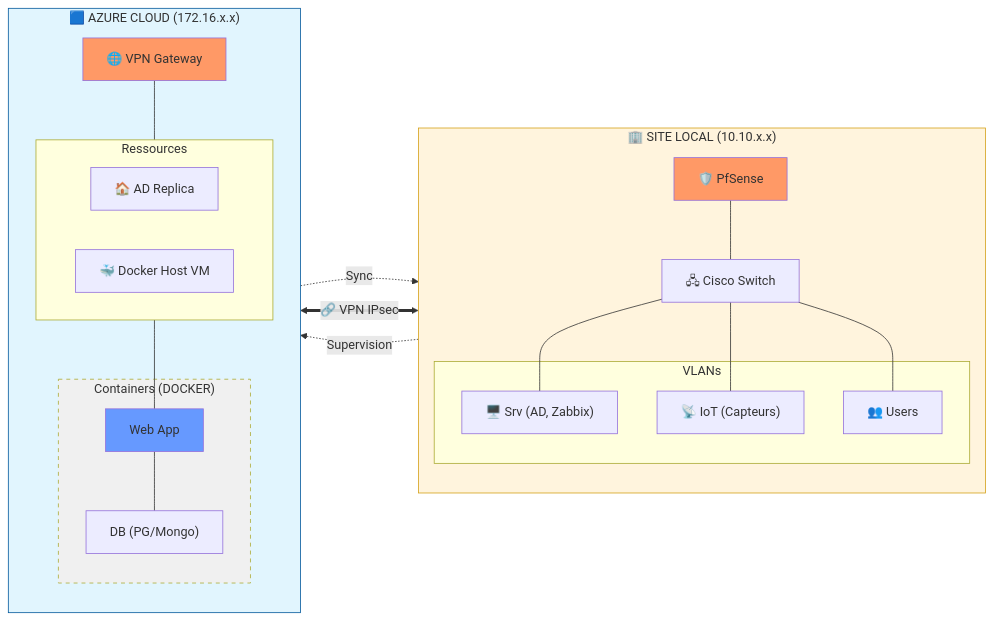
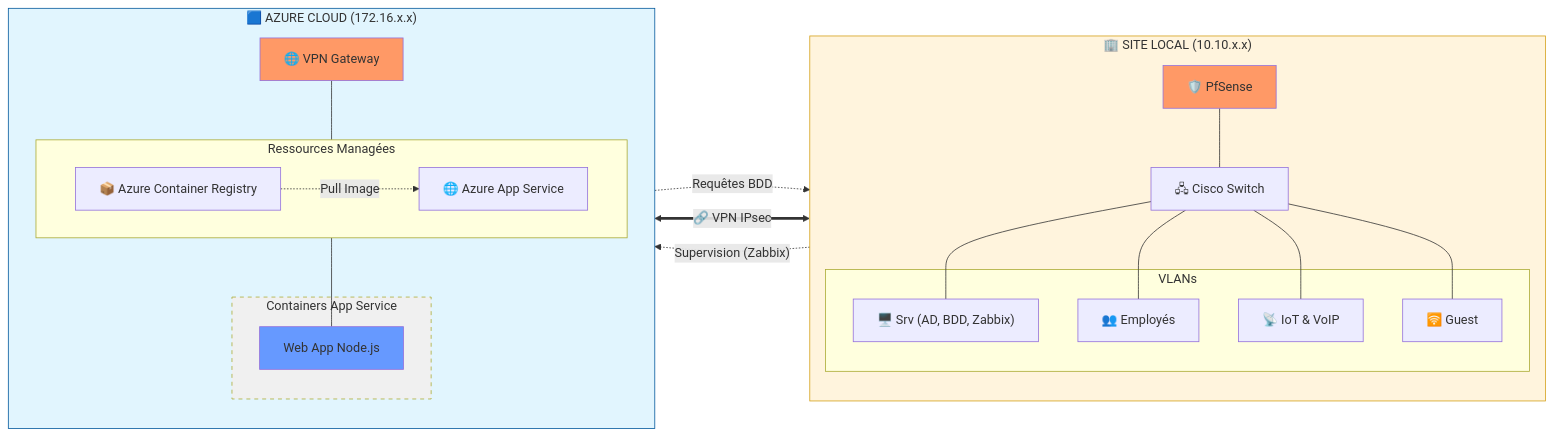
Before and after one commit to supermedmed-hash/B3_MFA_ILYES_OCEANE: the diagram in docs/schemas/infrastructure_globale.md, drawn with Mermaid. The commit also changed other lines of this file and 24 other files, not shown here.

Commit message:
docs: Finalisation architecture hybride (PSSI, BIA, TCO, Wifi) et clean-up

````diff
--- a/docs/schemas/infrastructure_globale.md
+++ b/docs/schemas/infrastructure_globale.md
@@ -7,56 +7,57 @@
 ```mermaid
 graph LR
     %% SITE LOCAL
     subgraph LOCAL ["🏢 SITE LOCAL (10.10.x.x)"]
         direction TB
         PFS["🛡️ PfSense"]
         SW["🖧 Cisco Switch"]
         
         subgraph VLANS ["VLANs"]
-            V20["🖥️ Srv (AD, Zabbix)"]
-            V40["📡 IoT (Capteurs)"]
-            V30["👥 Users"]
+            V10["🖥️ Srv (AD, BDD, Zabbix)"]
+            V20["👥 Employés"]
+            V40["📡 IoT & VoIP"]
+            V99["🛜 Guest"]
         end
         
         PFS --- SW
+        SW --- V10
         SW --- V20
         SW --- V40
-        SW --- V30
+        SW --- V99
     end
 
     %% TUNNEL
     PFS <== "🔗 VPN IPsec" ==> VGW
 
     %% AZURE CLOUD
     subgraph AZURE ["🟦 AZURE CLOUD (172.16.x.x)"]
         direction TB
         VGW["🌐 VPN Gateway"]
         
-        subgraph COMPUTE ["Ressources"]
+        subgraph COMPUTE ["Ressources Managées"]
             direction LR
-            DC_AZ["🏠 AD Replica"]
-            DOCKER["🐳 Docker Host VM"]
+            ACR["📦 Azure Container Registry"]
+            APPSVC["🌐 Azure App Service"]
         end
         
-        subgraph CONTAINERS ["Containers (DOCKER)"]
-            WEB["Web App"]
-            DB["DB (PG/Mongo)"]
+        subgraph CONTAINERS ["Containers App Service"]
+            WEB["Web App Node.js"]
         end
         
-        VGW --- COMPUTE
-        DOCKER --- WEB
-        WEB --- DB
+        VGW --- APPSVC
+        ACR -. "Pull Image" .-> APPSVC
+        APPSVC --- WEB
     end
 
     %% FLUX TRANSVERSES
-    V20 -. "Supervision" .-> DOCKER
-    DC_AZ -. "Sync" .-> V20
+    V10 -. "Supervision (Zabbix)" .-> APPSVC
+    WEB -. "Requêtes BDD" .-> V10
 
     %% STYLING
     style LOCAL fill:#fff4dd,stroke:#d4a017
     style AZURE fill:#e1f5fe,stroke:#01579b
     style PFS fill:#f96
     style VGW fill:#f96
     style WEB fill:#69f
     style CONTAINERS fill:#f0f0f0,stroke-dasharray: 5 5
 ```
````
